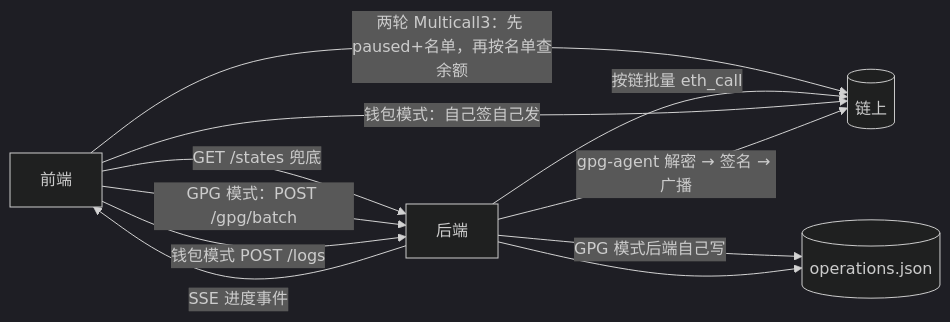
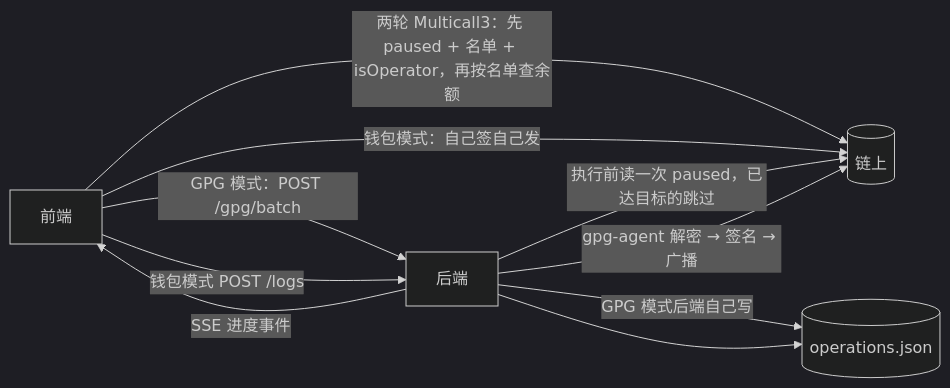
One commit to lanigon/pause changed the second of 5 diagrams in ARCHITECTURE.md. Above: the diagram before and after it, drawn with Mermaid (dark theme). The commit also changed other lines of this file and 6 other files, not shown here.

````diff
--- a/ARCHITECTURE.md
+++ b/ARCHITECTURE.md
@@ -128,20 +130,19 @@
 ```mermaid
 flowchart LR
     UI["前端"]
     BE["后端"]
     CHAIN[("链上")]
     LOG[("operations.json")]
 
-    UI -->|"两轮 Multicall3：先 paused+名单，再按名单查余额"| CHAIN
-    UI -->|"GET /states 兜底"| BE
-    BE -->|"按链批量 eth_call"| CHAIN
+    UI -->|"两轮 Multicall3：先 paused + 名单 + isOperator，再按名单查余额"| CHAIN
 
     UI -->|"钱包模式：自己签自己发"| CHAIN
     UI -->|"GPG 模式：POST /gpg/batch"| BE
+    BE -->|"执行前读一次 paused，已达目标的跳过"| CHAIN
     BE -->|"gpg-agent 解密 → 签名 → 广播"| CHAIN
     BE -->|"SSE 进度事件"| UI
 
     UI -->|"钱包模式 POST /logs"| BE
     BE -->|"GPG 模式后端自己写"| LOG
     BE --> LOG
 ```
````
